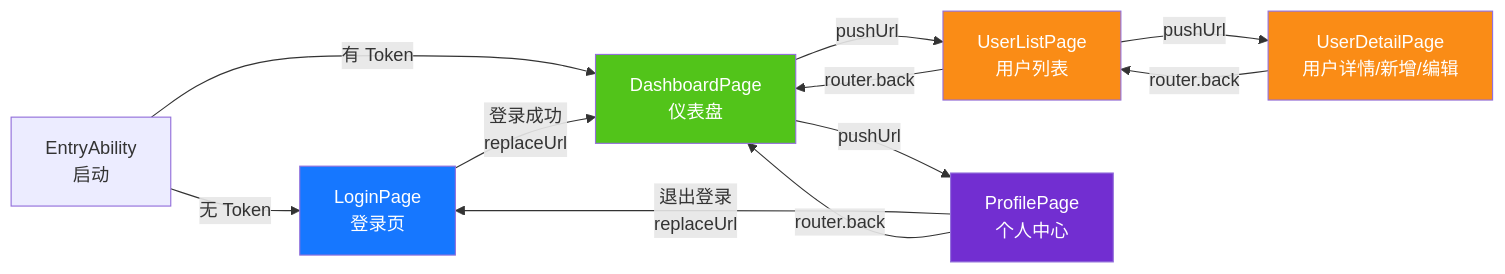
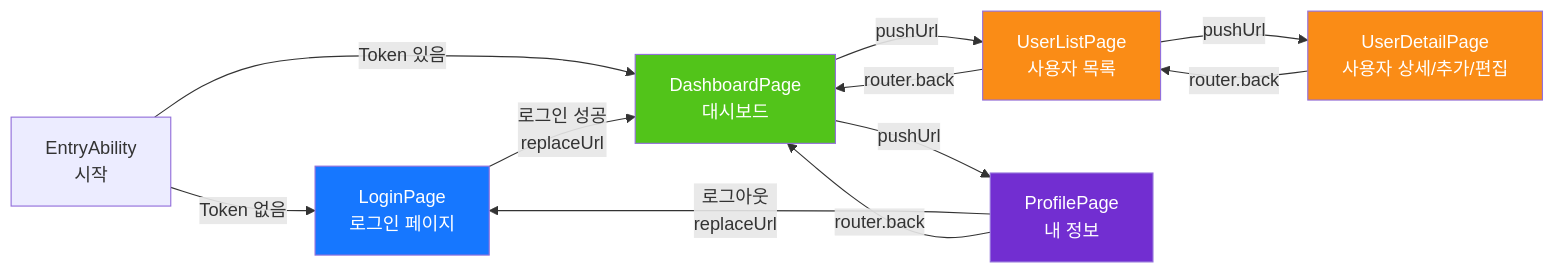
Diagram 12 of 14 in admin/docs/ARCHITECTURE.ko.md (erikwang2013/game-platform-php), drawn with Mermaid before and after one commit. The commit also changed other lines of this file and 211 other files, not shown here.

First line of the commit message:
fix: 支付配置读回类型根治、提现事件对账巡检，12 语族 mermaid 与 API 标签本地化

````diff
--- a/admin/docs/ARCHITECTURE.ko.md
+++ b/admin/docs/ARCHITECTURE.ko.md
@@ -573,24 +573,24 @@
 ```mermaid
 flowchart LR
-    EA["EntryAbility<br/>启动"]
-    EA -->|"无 Token"| LP["LoginPage<br/>登录页"]
-    EA -->|"有 Token"| DP["DashboardPage<br/>仪表盘"]
+    EA["EntryAbility<br/>시작"]
+    EA -->|"Token 없음"| LP["LoginPage<br/>로그인 페이지"]
+    EA -->|"Token 있음"| DP["DashboardPage<br/>대시보드"]
 
-    LP -->|"登录成功<br/>replaceUrl"| DP
+    LP -->|"로그인 성공<br/>replaceUrl"| DP
 
-    DP -->|"pushUrl"| ULP["UserListPage<br/>用户列表"]
-    DP -->|"pushUrl"| PP["ProfilePage<br/>个人中心"]
+    DP -->|"pushUrl"| ULP["UserListPage<br/>사용자 목록"]
+    DP -->|"pushUrl"| PP["ProfilePage<br/>내 정보"]
 
-    ULP -->|"pushUrl"| UDP["UserDetailPage<br/>用户详情/新增/编辑"]
+    ULP -->|"pushUrl"| UDP["UserDetailPage<br/>사용자 상세/추가/편집"]
     ULP -->|"router.back"| DP
     UDP -->|"router.back"| ULP
 
-    PP -->|"退出登录<br/>replaceUrl"| LP
+    PP -->|"로그아웃<br/>replaceUrl"| LP
     PP -->|"router.back"| DP
 
     style LP fill:#1677FF,color:#fff
     style DP fill:#52C41A,color:#fff
     style ULP fill:#FA8C16,color:#fff
     style UDP fill:#FA8C16,color:#fff
     style PP fill:#722ED1,color:#fff
 ```
````
